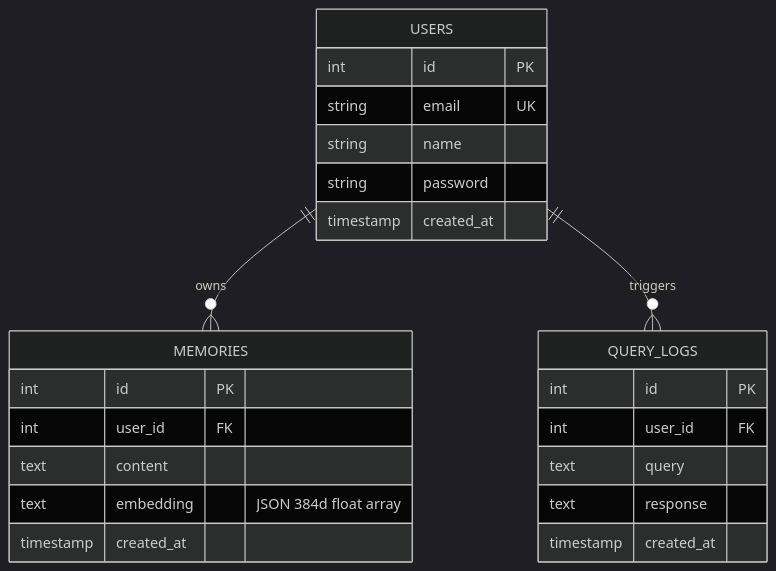
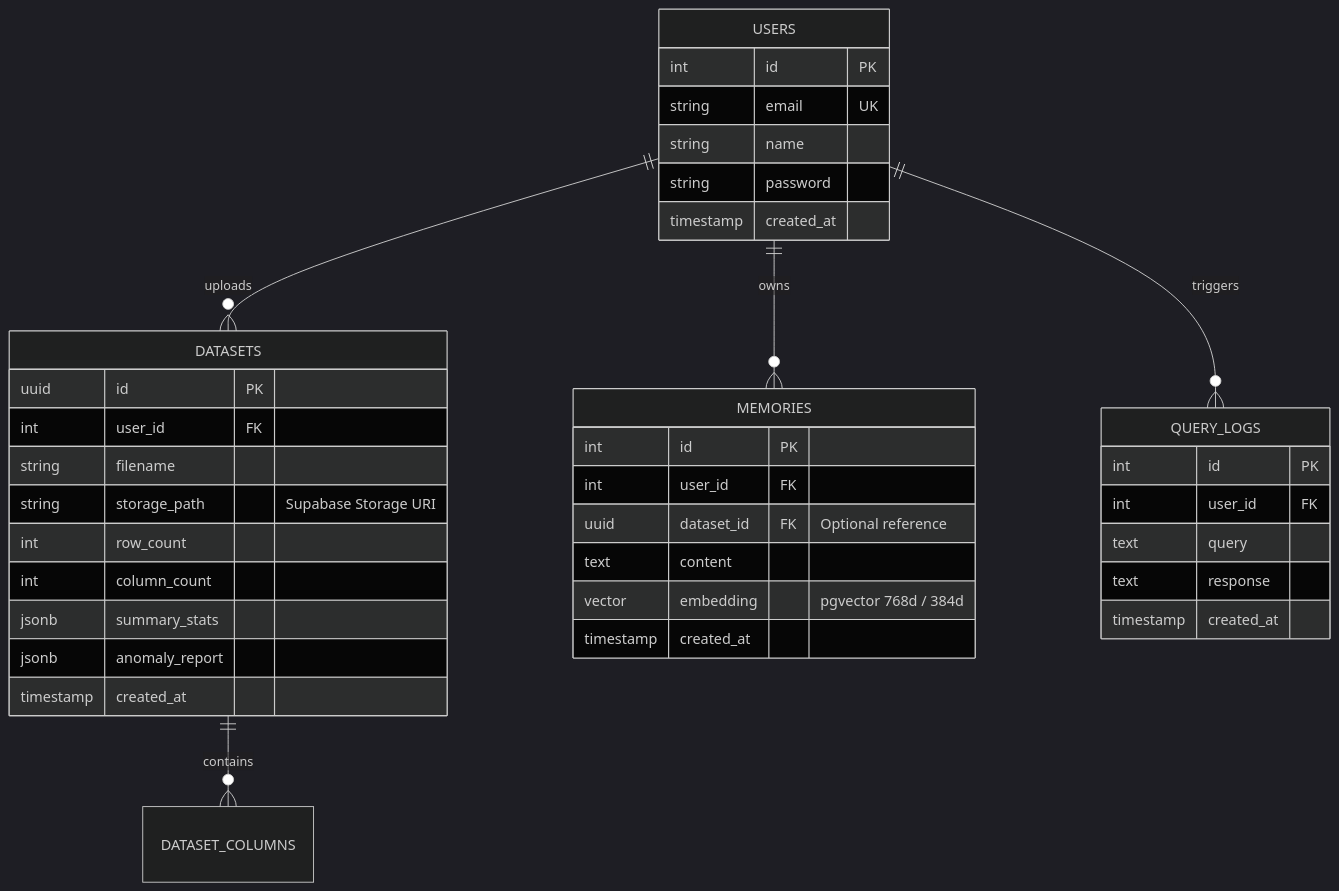
One commit to din-esh-kumar/Vectronyx changed the diagram in docs/DATABASE_SCHEMA.md. Above: the diagram before and after it, drawn with Mermaid (dark theme). The commit also changed other lines of this file and 8 other files, not shown here.

Commit message:
docs(architecture): update documentation suite to cloud-native storage, pgvector, and Gemini/Groq dual inference

````diff
--- a/docs/DATABASE_SCHEMA.md
+++ b/docs/DATABASE_SCHEMA.md
@@ -9,29 +9,44 @@
 ```mermaid
 erDiagram
+    USERS ||--o{ DATASETS : uploads
     USERS ||--o{ MEMORIES : owns
     USERS ||--o{ QUERY_LOGS : triggers
+    DATASETS ||--o{ DATASET_COLUMNS : contains
 
     USERS {
         int id PK
         string email UK
         string name
         string password
         timestamp created_at
     }
 
+    DATASETS {
+        uuid id PK
+        int user_id FK
+        string filename
+        string storage_path "Supabase Storage URI"
+        int row_count
+        int column_count
+        jsonb summary_stats
+        jsonb anomaly_report
+        timestamp created_at
+    }
+
     MEMORIES {
         int id PK
         int user_id FK
+        uuid dataset_id FK "Optional reference"
         text content
-        text embedding "JSON 384d float array"
+        vector embedding "pgvector 768d / 384d"
         timestamp created_at
     }
 
     QUERY_LOGS {
         int id PK
         int user_id FK
         text query
         text response
         timestamp created_at
     }
 ```
````
